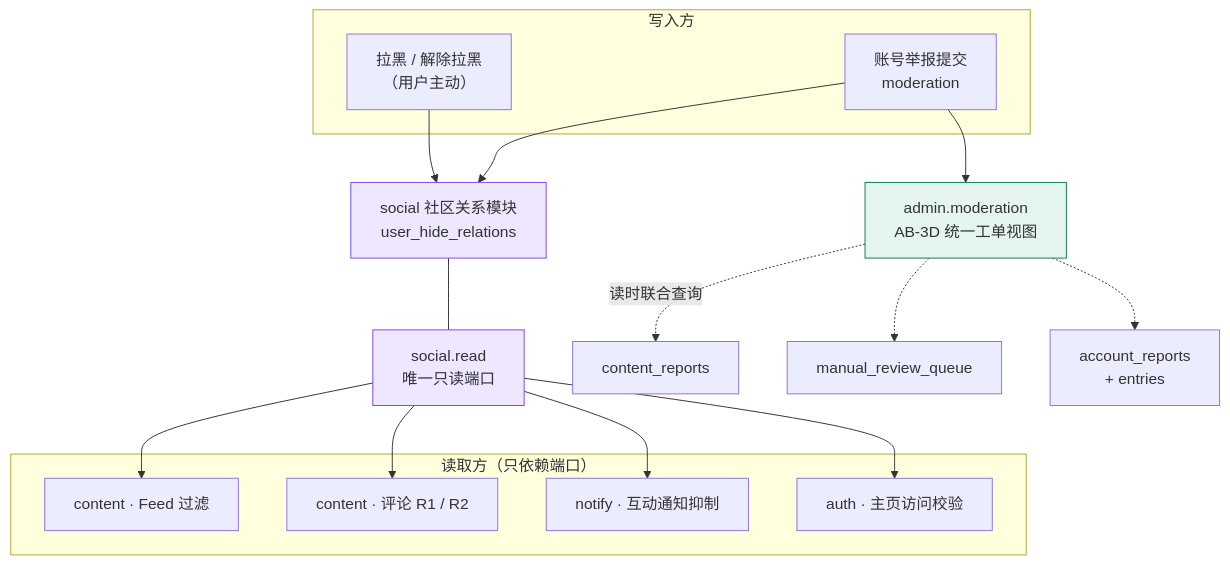
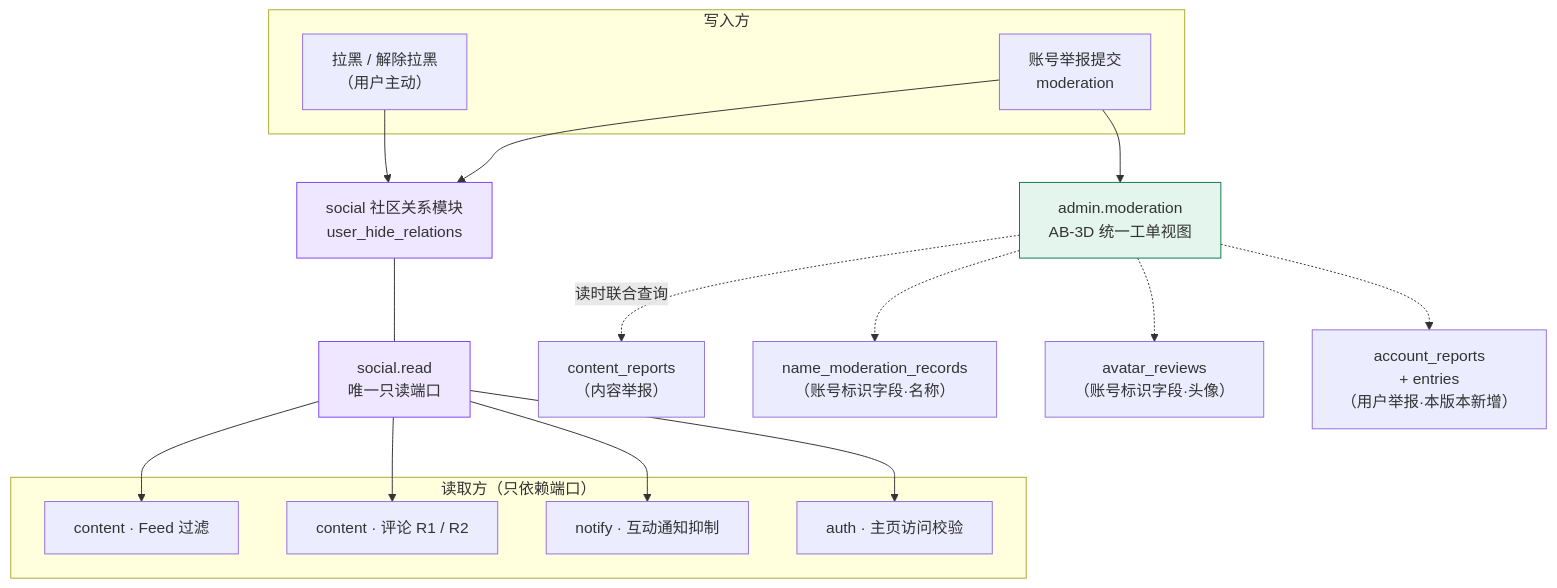
One commit to DaiHanWei/petgo-platform changed the first of 2 diagrams in _bmad-output/planning-artifacts/architecture-v1.1.4-delta.md. Above: the diagram before and after it, drawn with Mermaid. The commit also changed other lines of this file and 18 other files, not shown here.

````diff
--- a/_bmad-output/planning-artifacts/architecture-v1.1.4-delta.md
+++ b/_bmad-output/planning-artifacts/architecture-v1.1.4-delta.md
@@ -352,36 +390,37 @@
 ```mermaid
 flowchart TD
     subgraph W["写入方"]
         BLK["拉黑 / 解除拉黑<br/>（用户主动）"]
         RPT["账号举报提交<br/>moderation"]
     end
 
     SOC["social 社区关系模块<br/>user_hide_relations"]
     PORT["social.read<br/>唯一只读端口"]
 
     subgraph R["读取方（只依赖端口）"]
         FEED["content · Feed 过滤"]
         CMT["content · 评论 R1 / R2"]
         NTF["notify · 互动通知抑制"]
         PROF["auth · 主页访问校验"]
     end
 
     ADM["admin.moderation<br/>AB-3D 统一工单视图"]
 
     BLK --> SOC
     RPT --> SOC
     RPT --> ADM
     SOC --- PORT
     PORT --> FEED
     PORT --> CMT
     PORT --> NTF
     PORT --> PROF
 
-    ADM -.读时联合查询.-> T1["content_reports"]
-    ADM -.-> T2["manual_review_queue"]
-    ADM -.-> T3["account_reports<br/>+ entries"]
+    ADM -.读时联合查询.-> T1["content_reports<br/>（内容举报）"]
+    ADM -.-> T2a["name_moderation_records<br/>（账号标识字段·名称）"]
+    ADM -.-> T2b["avatar_reviews<br/>（账号标识字段·头像）"]
+    ADM -.-> T3["account_reports<br/>+ entries<br/>（用户举报·本版本新增）"]
 
     style SOC fill:#EFE6FF,stroke:#7D45F6
     style PORT fill:#EFE6FF,stroke:#7D45F6
     style ADM fill:#E3F5EC,stroke:#0F7B4F
 ```
````
